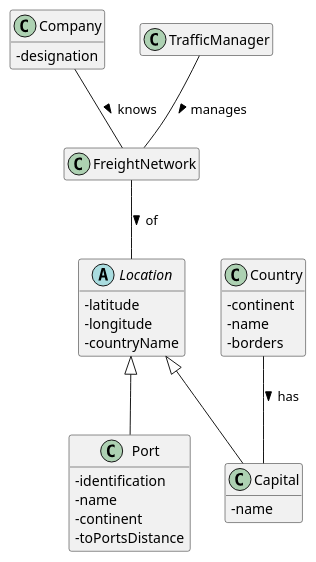
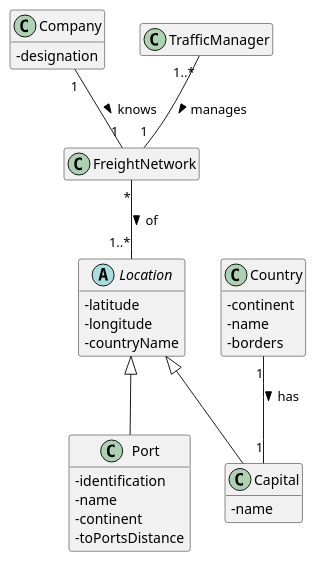
One commit to ana-albergaria/LAPR3-ISEP changed the diagram in docs/Sprint 3/US302/US302_DM.puml. Above: the diagram before and after it, drawn with PlantUML. The commit also changed 7 other files, not shown here.

Commit message:
G54-156 #time 1h #comment Updating DM, CD Diagram, finshing Testing and updating relatory

```diff
--- a/docs/Sprint 3/US302/US302_DM.puml
+++ b/docs/Sprint 3/US302/US302_DM.puml
@@ -1,50 +1,50 @@
 @startuml
 'https://plantuml.com/class-diagram
 
 skinparam classAttributeIconSize 0
 hide empty methods
 hide empty attributes
 
 class Company {
     -designation
 }
 
 class FreightNetwork {}
 
 abstract class Location{
     -latitude
     -longitude
     -countryName
 }
 
 class Port {
     -identification
     -name
     -continent
     -toPortsDistance
 }
 
 class Capital {
     -name
 }
 
 class Country {
     -continent
     -name
     -borders
 }
 
 class TrafficManager {}
 
 
 
 /'Multiplicidade'/
-Company -- FreightNetwork : knows >
+Company "1" -- "1" FreightNetwork : knows >
 Location <|-- Port
 Location <|-- Capital
-FreightNetwork -- Location : of >
-Country -- Capital : has >
+FreightNetwork "*" -- "1..*" Location : of >
+Country "1" -- "1" Capital : has >
 /'Dúvidas'/
-TrafficManager -- FreightNetwork : manages >
+TrafficManager "1..*" -- "1" FreightNetwork : manages >
 
 @enduml
```
